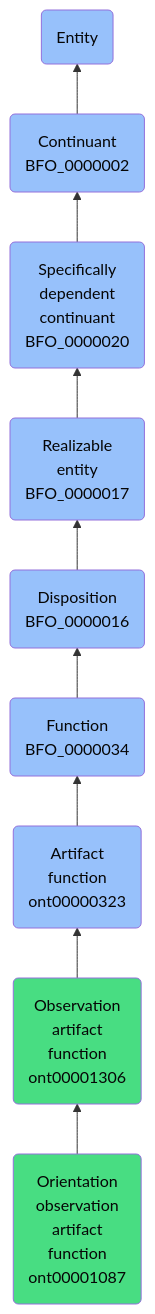
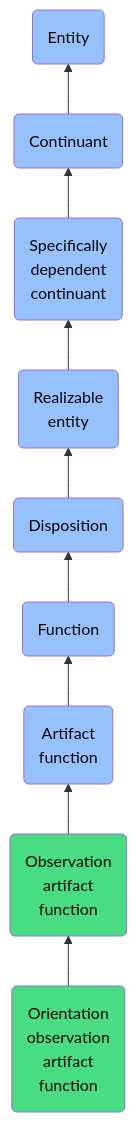
Before and after one commit to jupyter-naas/abi: the diagram in docs/ontology/reference/model/Entity/Continuant/Specifically dependent continuant/Realizable entity/Disposition/Function/Artifact function/Observation artifact function/Orientation observation artifact function/Orientation observation artifact function.md, drawn with Mermaid. The commit also changed other lines of this file and 1430 other files, not shown here.

````diff
--- a/docs/ontology/reference/model/Entity/Continuant/Specifically dependent continuant/Realizable entity/Disposition/Function/Artifact function/Observation artifact function/Orientation observation artifact function/Orientation observation artifact function.md
+++ b/docs/ontology/reference/model/Entity/Continuant/Specifically dependent continuant/Realizable entity/Disposition/Function/Artifact function/Observation artifact function/Orientation observation artifact function/Orientation observation artifact function.md
@@ -24,16 +24,16 @@
 ```mermaid
 graph BT
-    ont00001087(Orientation<br>observation<br>artifact<br>function<br>ont00001087):::ABI-->ont00001306
-    ont00001306(Observation<br>artifact<br>function<br>ont00001306):::ABI-->ont00000323
-    ont00000323(Artifact<br>function<br>ont00000323):::BFO-->BFO_0000034
-    BFO_0000034(Function<br>BFO_0000034):::BFO-->BFO_0000016
-    BFO_0000016(Disposition<br>BFO_0000016):::BFO-->BFO_0000017
-    BFO_0000017(Realizable<br>entity<br>BFO_0000017):::BFO-->BFO_0000020
-    BFO_0000020(Specifically<br>dependent<br>continuant<br>BFO_0000020):::BFO-->BFO_0000002
-    BFO_0000002(Continuant<br>BFO_0000002):::BFO-->BFO_0000001
+    ont00001087(Orientation<br>observation<br>artifact<br>function):::ABI-->ont00001306
+    ont00001306(Observation<br>artifact<br>function):::ABI-->ont00000323
+    ont00000323(Artifact<br>function):::BFO-->BFO_0000034
+    BFO_0000034(Function):::BFO-->BFO_0000016
+    BFO_0000016(Disposition):::BFO-->BFO_0000017
+    BFO_0000017(Realizable<br>entity):::BFO-->BFO_0000020
+    BFO_0000020(Specifically<br>dependent<br>continuant):::BFO-->BFO_0000002
+    BFO_0000002(Continuant):::BFO-->BFO_0000001
     BFO_0000001(Entity):::BFO
     
     classDef BFO fill:#97c1fb,color:#060606
     classDef CCO fill:#e4c51e,color:#060606
     classDef ABI fill:#48DD82,color:#060606
 ```
````
